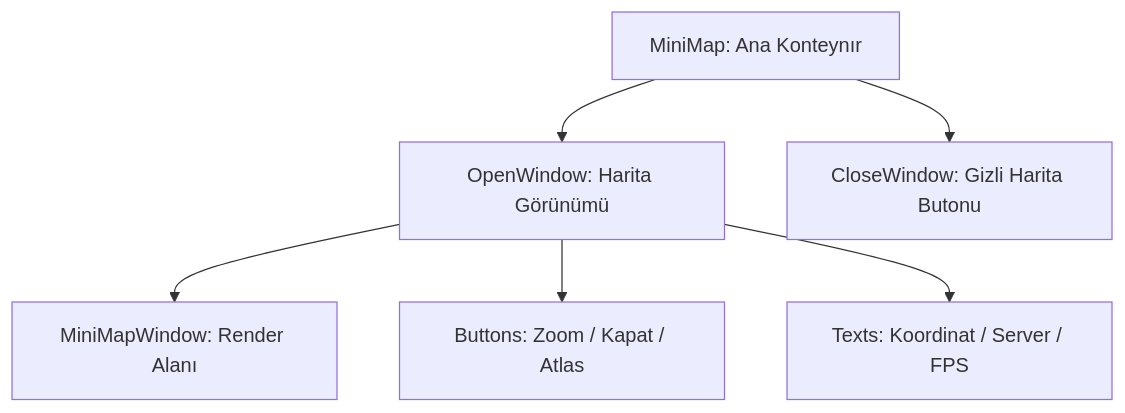
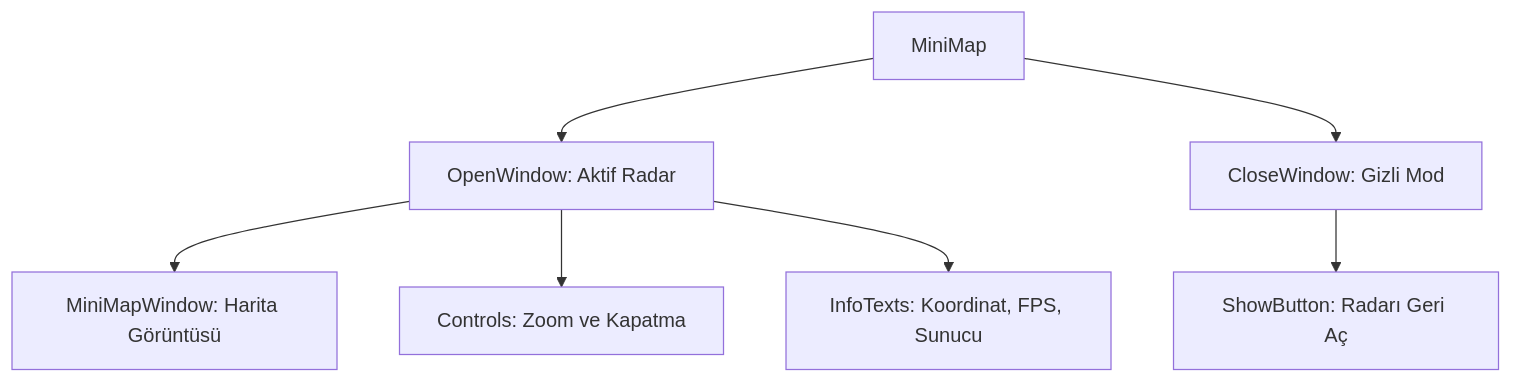
The diagram in uiscript/minimap/skills.md (Engin622/Metin2-Pack-Agent-Skills), drawn with Mermaid before and after one commit. The commit also changed other lines of this file and 10 other files, not shown here.

Commit message:
Documentation update: Core UIScript modules (Inventory, Character, Exchange, Shop, Messenger, MiniMap, Refine, Safebox, SystemOptions, Taskbar, Costume)

````diff
--- a/uiscript/minimap/skills.md
+++ b/uiscript/minimap/skills.md
@@ -48,8 +35,9 @@
 ```mermaid
 graph TD
-    A[MiniMap: Ana Konteynır] --> B[OpenWindow: Harita Görünümü]
-    B --> B1[MiniMapWindow: Render Alanı]
-    B --> B2[Buttons: Zoom / Kapat / Atlas]
-    B --> B3[Texts: Koordinat / Server / FPS]
-    A --> C[CloseWindow: Gizli Harita Butonu]
+    A[MiniMap] --> B[OpenWindow: Aktif Radar]
+    B --> B1[MiniMapWindow: Harita Görüntüsü]
+    B --> B2[Controls: Zoom ve Kapatma]
+    B --> B3[InfoTexts: Koordinat, FPS, Sunucu]
+    A --> C[CloseWindow: Gizli Mod]
+    C --> C1[ShowButton: Radarı Geri Aç]
 ```
````
